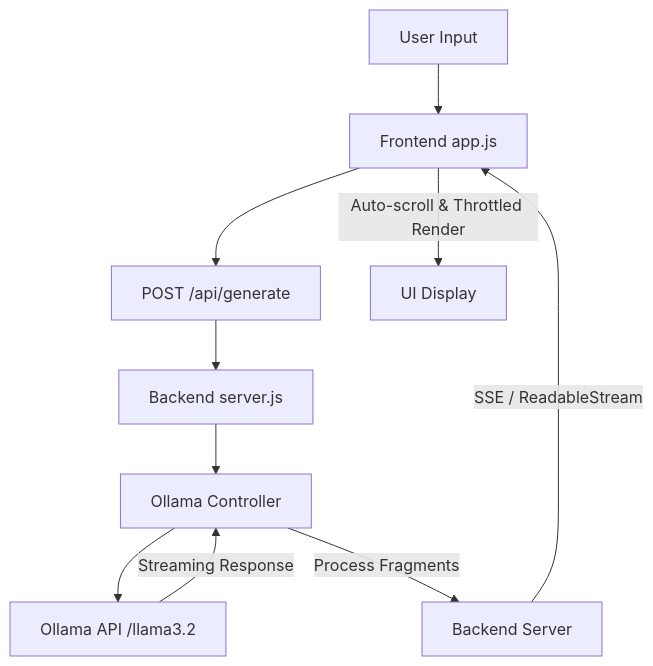
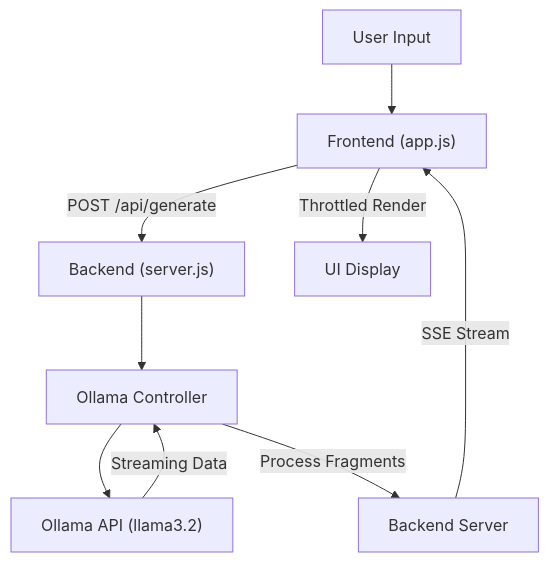
The diagram in README.md (Manoj8759/Project-1_LocalTestCaseGenerator), drawn with Mermaid before and after one commit.

Commit message:
Fix: Optimize Mermaid diagram syntax for compatibility

````diff
--- a/README.md
+++ b/README.md
@@ -28,12 +28,11 @@
 ```mermaid
 graph TD
-    A[User Input] --> B[Frontend app.js]
-    B --> C[POST /api/generate]
-    C --> D[Backend server.js]
-    D --> E[Ollama Controller]
-    E --> F[Ollama API /llama3.2]
-    F -- Streaming Response --> E
-    E -- Process Fragments --> G[Backend Server]
-    G -- SSE / ReadableStream --> B
-    B -- Auto-scroll & Throttled Render --> H[UI Display]
+    A["User Input"] --> B["Frontend (app.js)"]
+    B -->|POST /api/generate| C["Backend (server.js)"]
+    C --> D["Ollama Controller"]
+    D --> E["Ollama API (llama3.2)"]
+    E -->|Streaming Data| D
+    D -->|Process Fragments| G["Backend Server"]
+    G -->|SSE Stream| B
+    B -->|Throttled Render| H["UI Display"]
 ```
````
